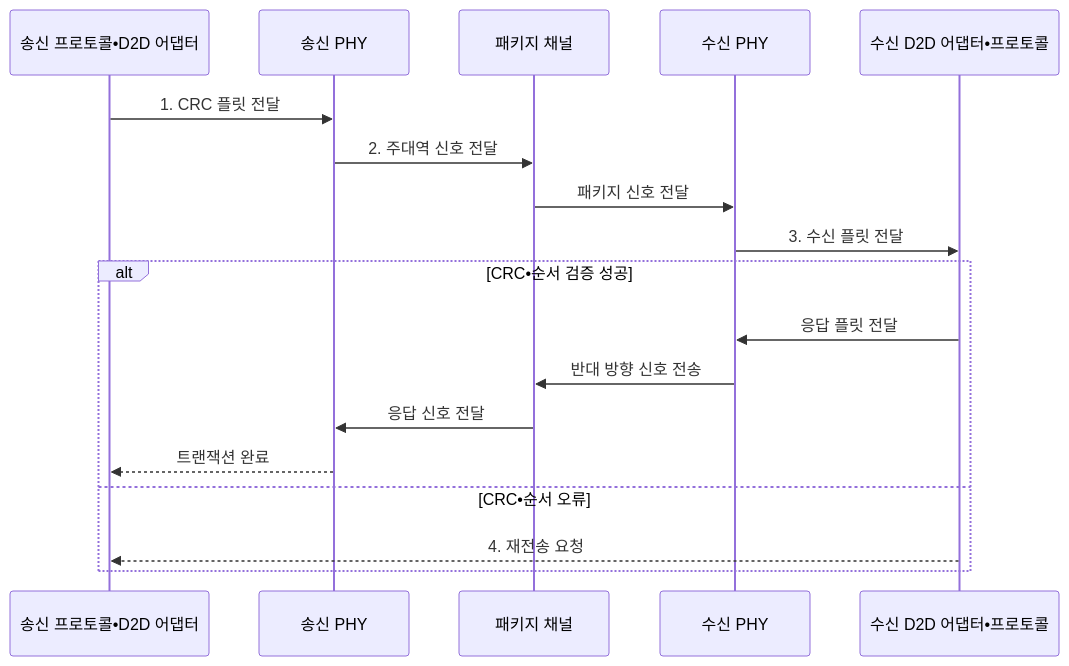
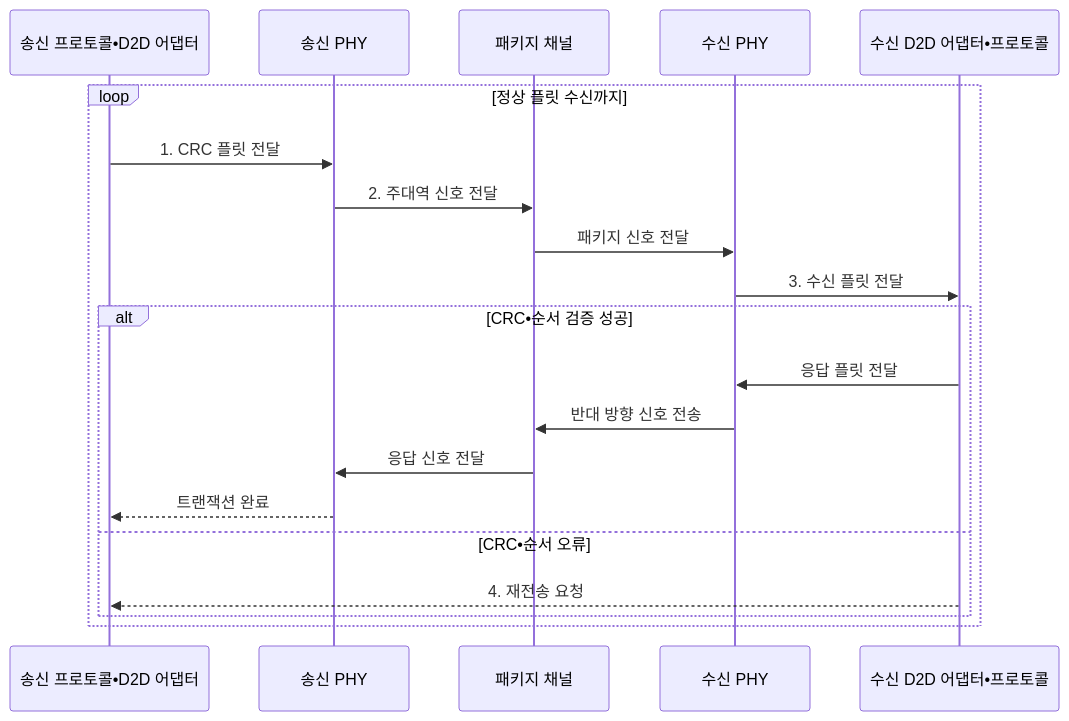
One commit to agnusdei1207/knowledge-base changed the second of 2 diagrams in src/content/docs/notes/02-hardware/050_ucie.md. Above: the diagram before and after it, drawn with Mermaid. The commit also changed other lines of this file and 14 other files, not shown here.

````diff
--- a/src/content/docs/notes/02-hardware/050_ucie.md
+++ b/src/content/docs/notes/02-hardware/050_ucie.md
@@ -108,21 +108,23 @@
 ```mermaid
 sequenceDiagram
     participant S as 송신 프로토콜•D2D 어댑터
     participant P as 송신 PHY
     participant C as 패키지 채널
     participant Q as 수신 PHY
     participant R as 수신 D2D 어댑터•프로토콜
 
-    S->>P: 1. CRC 플릿 전달
-    P->>C: 2. 주대역 신호 전달
-    C->>Q: 패키지 신호 전달
-    Q->>R: 3. 수신 플릿 전달
-    alt CRC•순서 검증 성공
-        R->>Q: 응답 플릿 전달
-        Q->>C: 반대 방향 신호 전송
-        C->>P: 응답 신호 전달
-        P-->>S: 트랜잭션 완료
-    else CRC•순서 오류
-        R-->>S: 4. 재전송 요청
+    loop 정상 플릿 수신까지
+        S->>P: 1. CRC 플릿 전달
+        P->>C: 2. 주대역 신호 전달
+        C->>Q: 패키지 신호 전달
+        Q->>R: 3. 수신 플릿 전달
+        alt CRC•순서 검증 성공
+            R->>Q: 응답 플릿 전달
+            Q->>C: 반대 방향 신호 전송
+            C->>P: 응답 신호 전달
+            P-->>S: 트랜잭션 완료
+        else CRC•순서 오류
+            R-->>S: 4. 재전송 요청
+        end
     end
 ```
````
